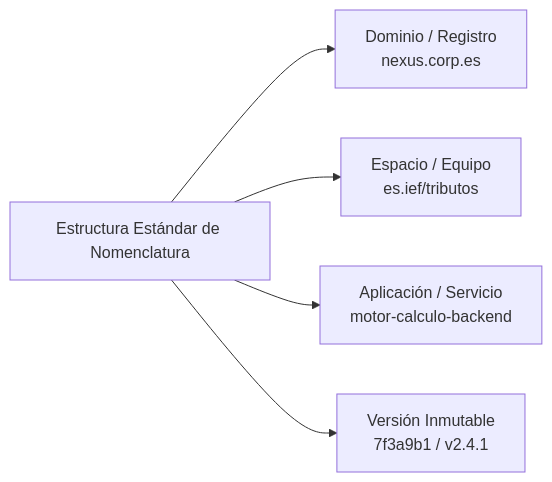
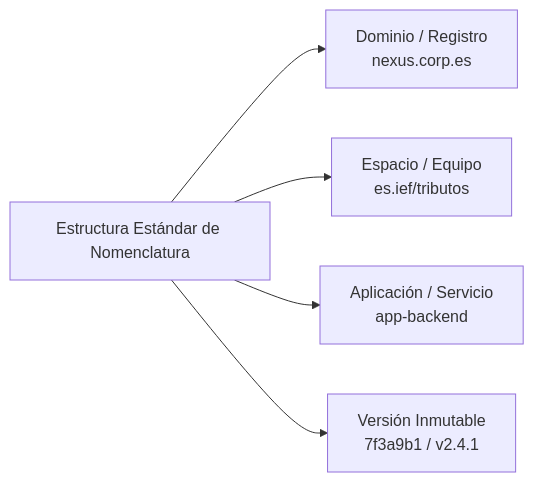
The second of 8 diagrams in docs/sesion4/4.4 Registro, gestión y seguridad de imágenes.md (ieftraining/curso-openshift), drawn with Mermaid before and after one commit. The commit also changed other lines of this file, not shown here.

````diff
--- a/docs/sesion4/4.4 Registro, gestión y seguridad de imágenes.md
+++ b/docs/sesion4/4.4 Registro, gestión y seguridad de imágenes.md
@@ -54,7 +54,7 @@
 ```mermaid
 flowchart LR
     A[Estructura Estándar de Nomenclatura] --> B[Dominio / Registro<br>nexus.corp.es]
     A --> C[Espacio / Equipo<br>es.ief/tributos]
-    A --> D[Aplicación / Servicio<br>motor-calculo-backend]
+    A --> D[Aplicación / Servicio<br>app-backend]
     A --> E[Versión Inmutable<br>7f3a9b1 / v2.4.1]
 ```
````
